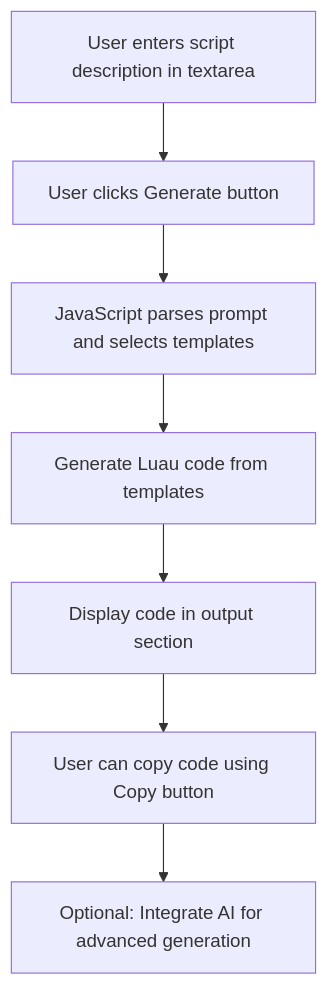
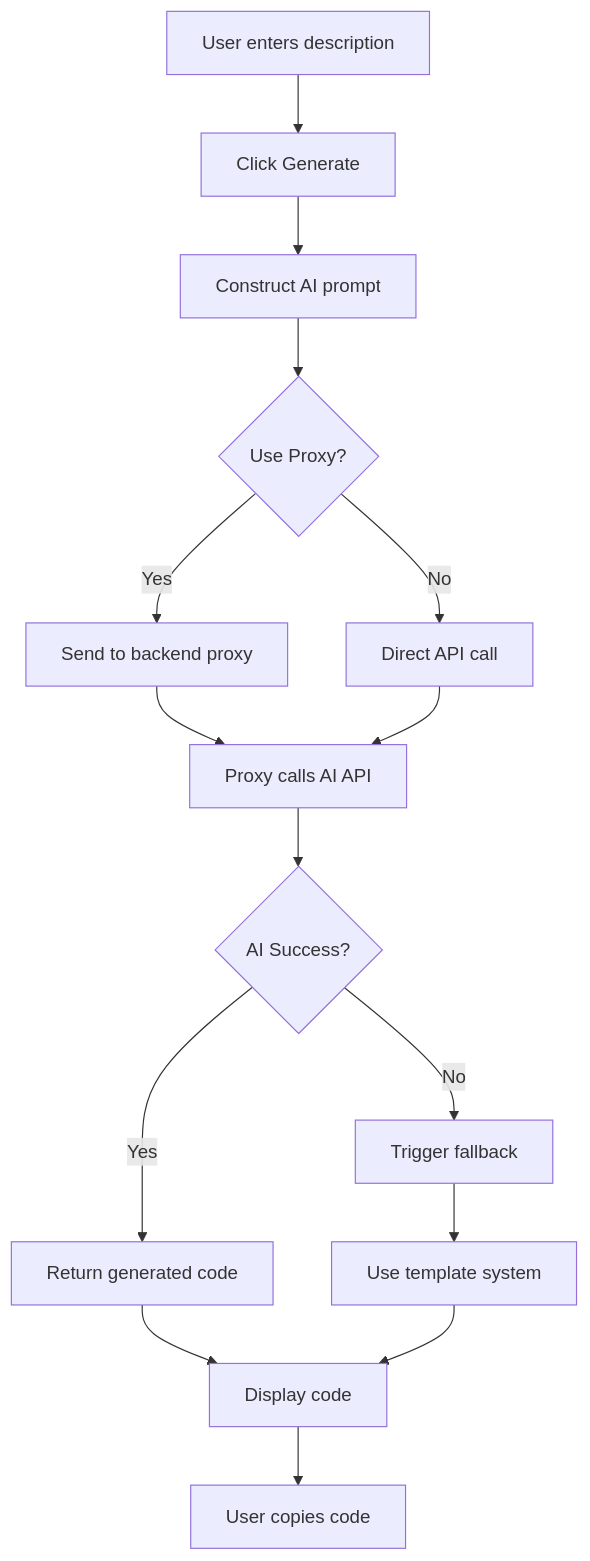
Before and after one commit to luautest/luatest.github.io: the first of 2 diagrams in plans/plan.md, drawn with Mermaid. The commit also changed other lines of this file and 2 other files, not shown here.

Commit message:
Enhance code generation with AI integration and fallback templates in README and script.js

````diff
--- a/plans/plan.md
+++ b/plans/plan.md
@@ -83,9 +85,17 @@
 ```mermaid
 graph TD
-    A[User enters script description in textarea] --> B[User clicks Generate button]
-    B --> C[JavaScript parses prompt and selects templates]
-    C --> D[Generate Luau code from templates]
-    D --> E[Display code in output section]
-    E --> F[User can copy code using Copy button]
-    F --> G[Optional: Integrate AI for advanced generation]
+    A[User enters description] --> B[Click Generate]
+    B --> C[Construct AI prompt]
+    C --> D{Use Proxy?}
+    D -->|Yes| E[Send to backend proxy]
+    D -->|No| F[Direct API call]
+    E --> G[Proxy calls AI API]
+    F --> G
+    G --> H{AI Success?}
+    H -->|Yes| I[Return generated code]
+    H -->|No| J[Trigger fallback]
+    J --> K[Use template system]
+    I --> L[Display code]
+    K --> L
+    L --> M[User copies code]
 ```
````
